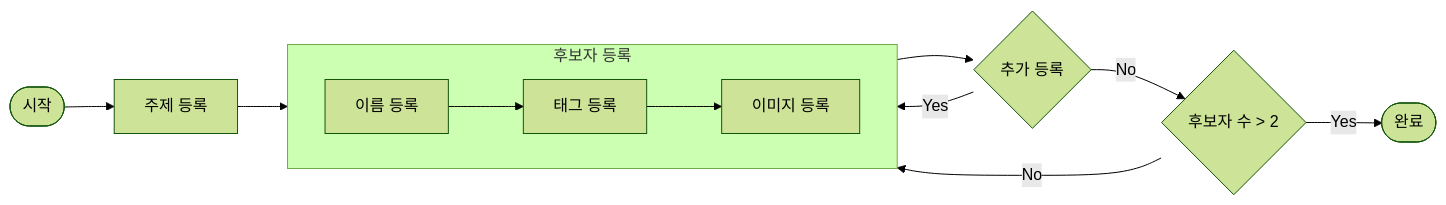
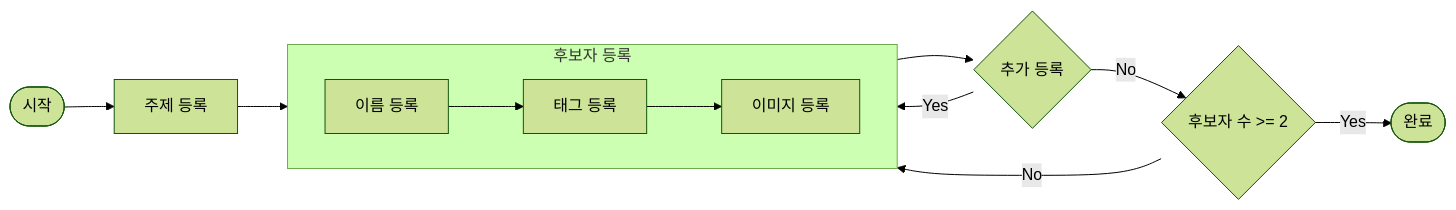
One commit to code-etc/Documents changed the third of 4 diagrams in 이상형월드컵/서비스/기능분석/README.md. Above: the diagram before and after it, drawn with Mermaid (forest theme). The commit also changed other lines of this file, not shown here.

````diff
--- a/이상형월드컵/서비스/기능분석/README.md
+++ b/이상형월드컵/서비스/기능분석/README.md
@@ -105,24 +108,24 @@
 ```mermaid
 flowchart LR
     a1([시작])
     a2[주제 등록]
     a31[이름 등록]
     a32[태그 등록]
     a33[이미지 등록]
     a4{추가 등록}
-    a5{후보자 수 > 2}
+    a5{후보자 수 >= 2}
     a6([완료])
 
     a1 --> a2
     a2 --> a3
     subgraph a3[후보자 등록]
         direction LR
         a31 --> a32
         a32 --> a33
     end
     a3 --> a4
     a4 -->|Yes| a3
     a4 -->|No| a5
     a5 -->|Yes| a6
     a5 -->|No| a3
 ```
````
